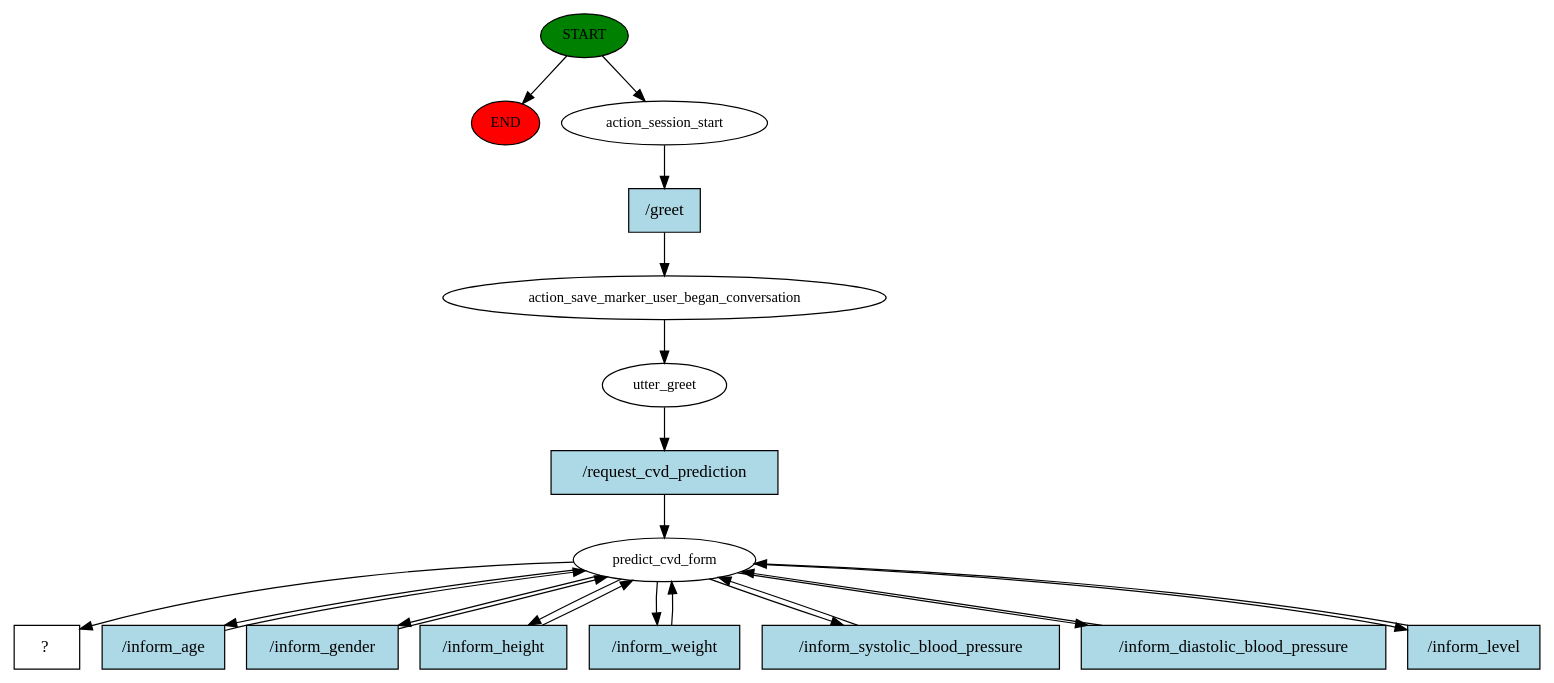
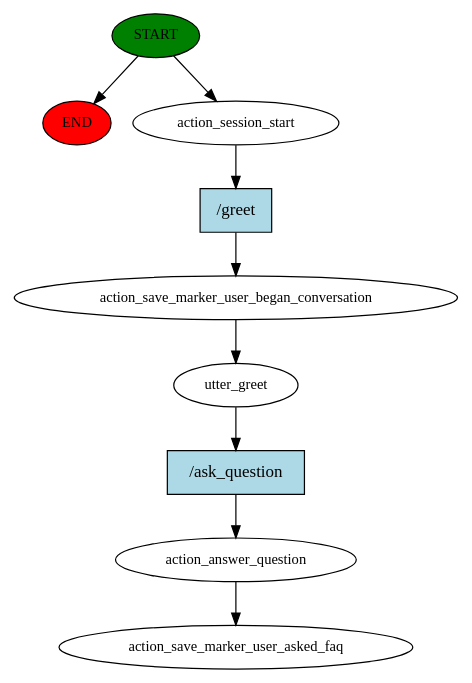
The diagram in rasa-chatbot/story_graph.dot (bianca-paula/BachelorThesis), drawn with Graphviz before and after one commit. The commit also changed 9 other files, not shown here.

```diff
--- a/rasa-chatbot/story_graph.dot
+++ b/rasa-chatbot/story_graph.dot
@@ -1,40 +1,19 @@
 digraph  {
 0 [class="start active", fillcolor=green, fontsize=12, label=START, style=filled];
 "-1" [class=end, fillcolor=red, fontsize=12, label=END, style=filled];
 1 [class=active, fontsize=12, label=action_session_start];
 2 [class=active, fontsize=12, label=action_save_marker_user_began_conversation];
 3 [class=active, fontsize=12, label=utter_greet];
-4 [class=active, fontsize=12, label=predict_cvd_form];
-12 [class="intent dashed active", label="  ?  ", shape=rect];
-13 [class="intent active", fillcolor=lightblue, label="/greet", shape=rect, style=filled];
-14 [class="intent active", fillcolor=lightblue, label="/request_cvd_prediction", shape=rect, style=filled];
-15 [class="intent active", fillcolor=lightblue, label="/inform_age", shape=rect, style=filled];
-16 [class="intent active", fillcolor=lightblue, label="/inform_gender", shape=rect, style=filled];
-17 [class="intent active", fillcolor=lightblue, label="/inform_height", shape=rect, style=filled];
-18 [class="intent active", fillcolor=lightblue, label="/inform_weight", shape=rect, style=filled];
-19 [class="intent active", fillcolor=lightblue, label="/inform_systolic_blood_pressure", shape=rect, style=filled];
-20 [class="intent active", fillcolor=lightblue, label="/inform_diastolic_blood_pressure", shape=rect, style=filled];
-21 [class="intent active", fillcolor=lightblue, label="/inform_level", shape=rect, style=filled];
+4 [class=active, fontsize=12, label=action_answer_question];
+5 [class="dashed active", fontsize=12, label=action_save_marker_user_asked_faq];
+6 [class="intent active", fillcolor=lightblue, label="/greet", shape=rect, style=filled];
+7 [class="intent active", fillcolor=lightblue, label="/ask_question", shape=rect, style=filled];
 0 -> "-1"  [class="", key=NONE, label=""];
 0 -> 1  [class=active, key=NONE, label=""];
-1 -> 13  [class=active, key=0];
+1 -> 6  [class=active, key=0];
 2 -> 3  [class=active, key=NONE, label=""];
-3 -> 14  [class=active, key=0];
-4 -> 12  [class=active, key=NONE, label=""];
-4 -> 15  [class=active, key=0];
-4 -> 16  [class=active, key=0];
-4 -> 17  [class=active, key=0];
-4 -> 18  [class=active, key=0];
-4 -> 19  [class=active, key=0];
-4 -> 20  [class=active, key=0];
-4 -> 21  [class=active, key=0];
-13 -> 2  [class=active, key=0];
-14 -> 4  [class=active, key=0];
-15 -> 4  [class=active, key=0];
-16 -> 4  [class=active, key=0];
-17 -> 4  [class=active, key=0];
-18 -> 4  [class=active, key=0];
-19 -> 4  [class=active, key=0];
-20 -> 4  [class=active, key=0];
-21 -> 4  [class=active, key=0];
+3 -> 7  [class=active, key=0];
+4 -> 5  [class=active, key=NONE, label=""];
+6 -> 2  [class=active, key=0];
+7 -> 4  [class=active, key=0];
 }
```
